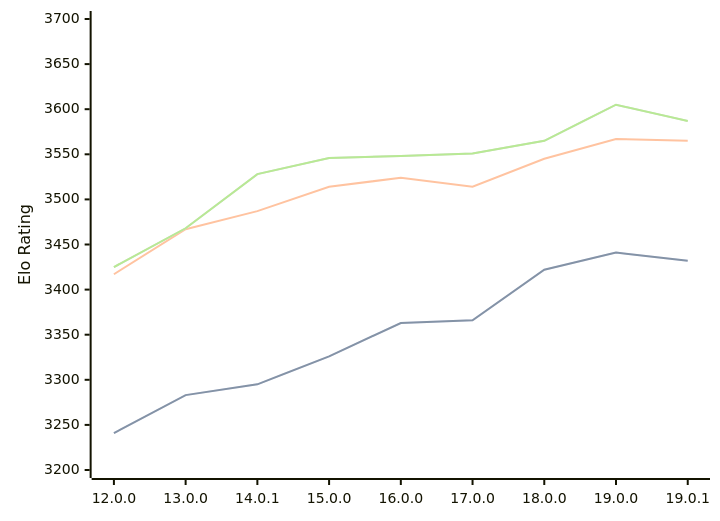
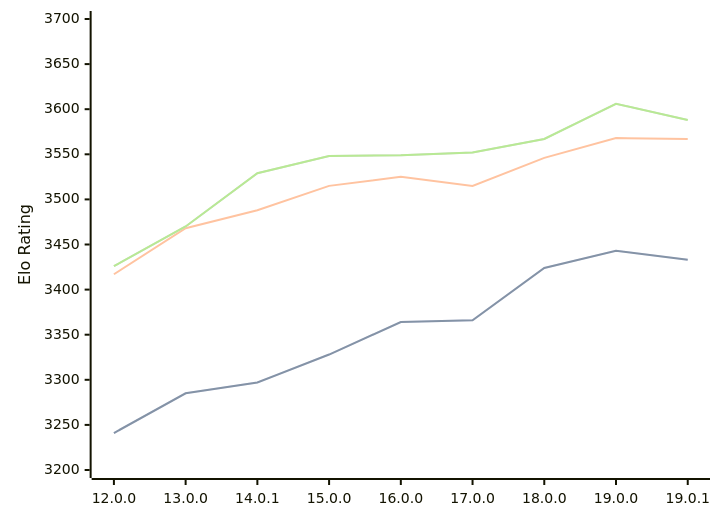
The diagram in engines/Viridithas.md (computer-chess-index/cci), drawn with Mermaid before and after one commit. The commit also changed other lines of this file, not shown here.

Commit message:
Update CCI Ratings (ELO VLTC) - 2026-02-16

````diff
--- a/engines/Viridithas.md
+++ b/engines/Viridithas.md
@@ -60,11 +60,11 @@
 ```mermaid
 %%{init: {"theme":"base","themeVariables":{"seriesColors:['#a3a3a3','#222221','#faa371']}}}%%
 xychart-beta
   x-axis ["12.0.0", "13.0.0", "14.0.1", "15.0.0", "16.0.0", "17.0.0", "18.0.0", "19.0.0", "19.0.1"]
   y-axis "Elo Rating" 3200 --> 3700
-  line "STC (8.0+0.08s)" [3241, 3283, 3295, 3326, 3363, 3366, 3422, 3441, 3432]
-  line "STC (8.0+0.08s)" [3241, 3283, 3295, 3326, 3363, 3366, 3422, 3441, 3432]
-  line "LTC (60.0+0.60s)" [3417, 3467, 3487, 3514, 3524, 3514, 3545, 3567, 3565]
-  line "VLTC (2m24s+1.12s)" [3425, 3468, 3528, 3546, 3548, 3551, 3565, 3605, 3587]
-  line "VLTC (2m24s+1.12s)" [3425, 3468, 3528, 3546, 3548, 3551, 3565, 3605, 3587]
+  line "STC (8.0+0.08s)" [3241, 3285, 3297, 3328, 3364, 3366, 3424, 3443, 3433]
+  line "STC (8.0+0.08s)" [3241, 3285, 3297, 3328, 3364, 3366, 3424, 3443, 3433]
+  line "LTC (60.0+0.60s)" [3417, 3468, 3488, 3515, 3525, 3515, 3546, 3568, 3567]
+  line "VLTC (2m24s+1.12s)" [3426, 3470, 3529, 3548, 3549, 3552, 3567, 3606, 3588]
+  line "VLTC (2m24s+1.12s)" [3426, 3470, 3529, 3548, 3549, 3552, 3567, 3606, 3588]
 ```
````
